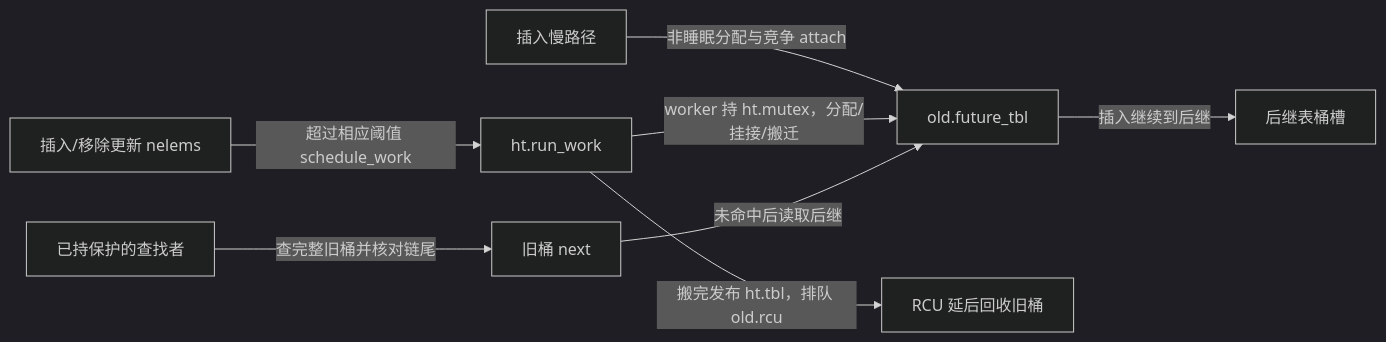
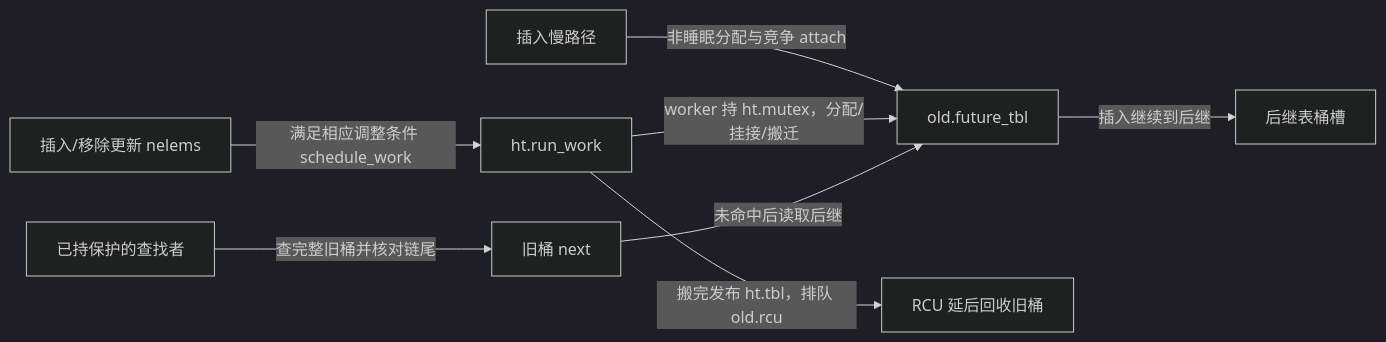
One commit to FormingSystem/linux_note changed the diagram in research/source_reading/hash_table/navigation/P04_动态表迁移与接口边界导读.md. Above: the diagram before and after it, drawn with Mermaid (dark theme). The commit also changed other lines of this file and 10 other files, not shown here.

````diff
--- a/research/source_reading/hash_table/navigation/P04_动态表迁移与接口边界导读.md
+++ b/research/source_reading/hash_table/navigation/P04_动态表迁移与接口边界导读.md
@@ -34,10 +34,10 @@
 ```mermaid
 flowchart LR
-    insert["插入/移除更新 nelems"] -->|"超过相应阈值 schedule_work"| work["ht.run_work"]
+    insert["插入/移除更新 nelems"] -->|"满足相应调整条件 schedule_work"| work["ht.run_work"]
     slow["插入慢路径"] -->|"非睡眠分配与竞争 attach"| future["old.future_tbl"]
     work -->|"worker 持 ht.mutex，分配/挂接/搬迁"| future
     future -->|"插入继续到后继"| slots["后继表桶槽"]
     lookup["已持保护的查找者"] -->|"查完整旧桶并核对链尾"| old["旧桶 next"]
     old -->|"未命中后读取后继"| future
     work -->|"搬完发布 ht.tbl，排队 old.rcu"| callback["RCU 延后回收旧桶"]
 ```
````
